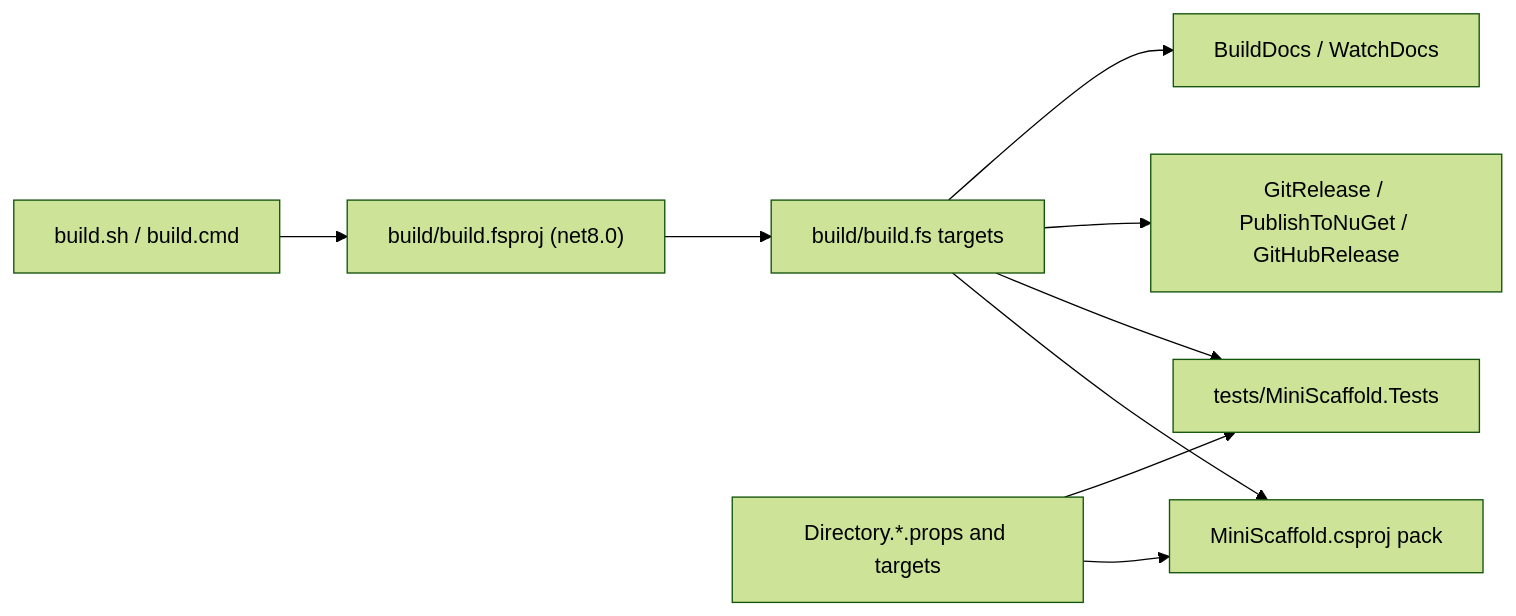
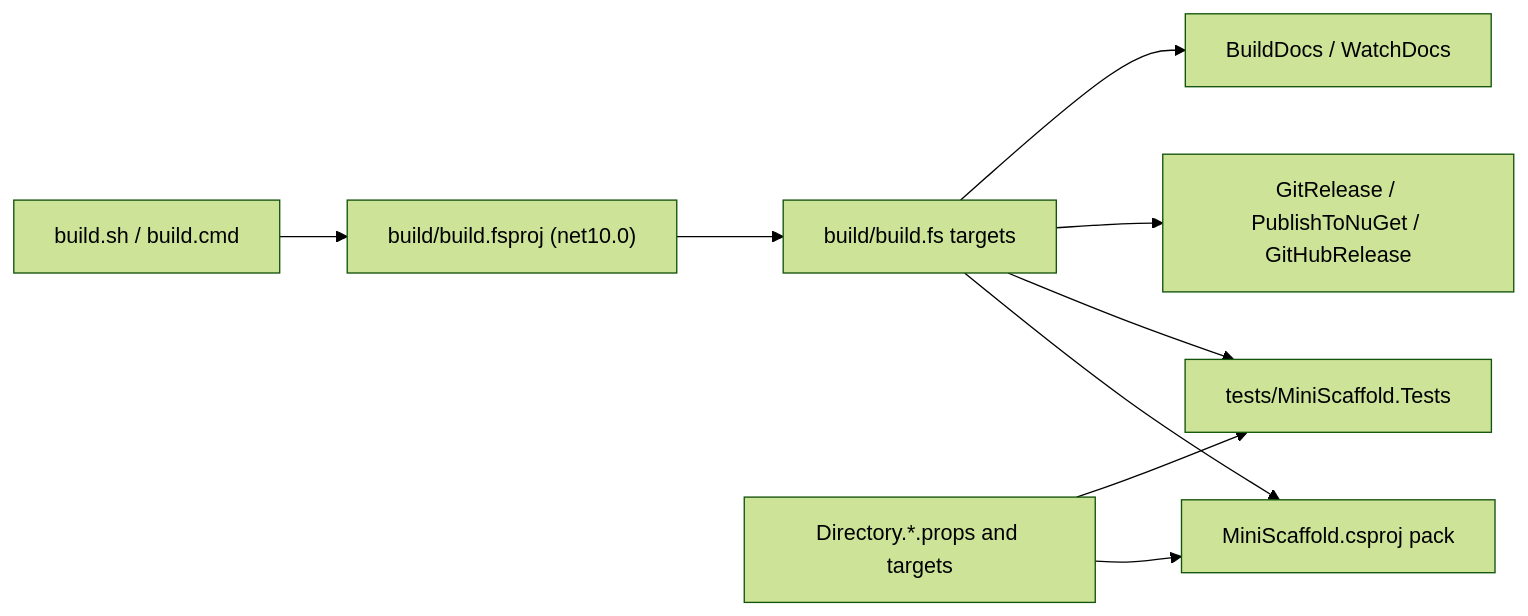
Before and after one commit to TheAngryByrd/MiniScaffold: the diagram in lode/build/summary.md, drawn with Mermaid (forest theme). The commit also changed 53 other files, not shown here.

````diff
--- a/lode/build/summary.md
+++ b/lode/build/summary.md
@@ -6,11 +6,11 @@
 ```mermaid
 flowchart LR
-    Scripts["build.sh / build.cmd"] --> Fake["build/build.fsproj (net8.0)"]
+    Scripts["build.sh / build.cmd"] --> Fake["build/build.fsproj (net10.0)"]
     Fake --> Targets["build/build.fs targets"]
     Targets --> Pack["MiniScaffold.csproj pack"]
     Targets --> Tests["tests/MiniScaffold.Tests"]
     Targets --> Release["GitRelease / PublishToNuGet / GitHubRelease"]
     Targets --> Docs["BuildDocs / WatchDocs"]
     MSBuild["Directory.*.props and targets"] --> Pack
     MSBuild --> Tests
 ```
````
